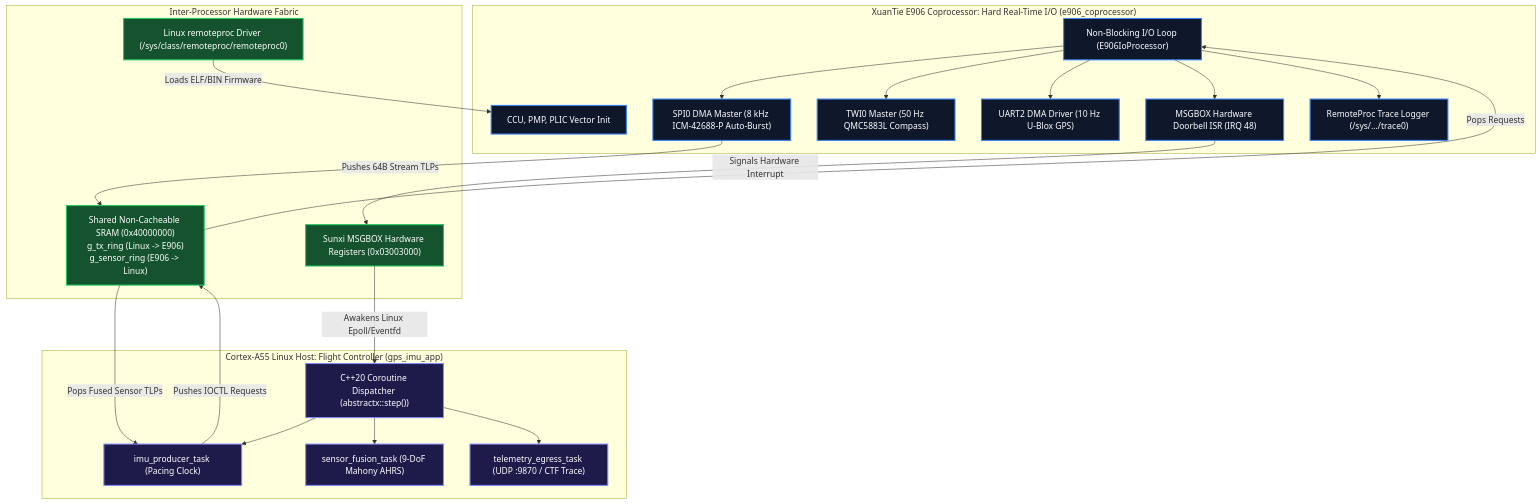
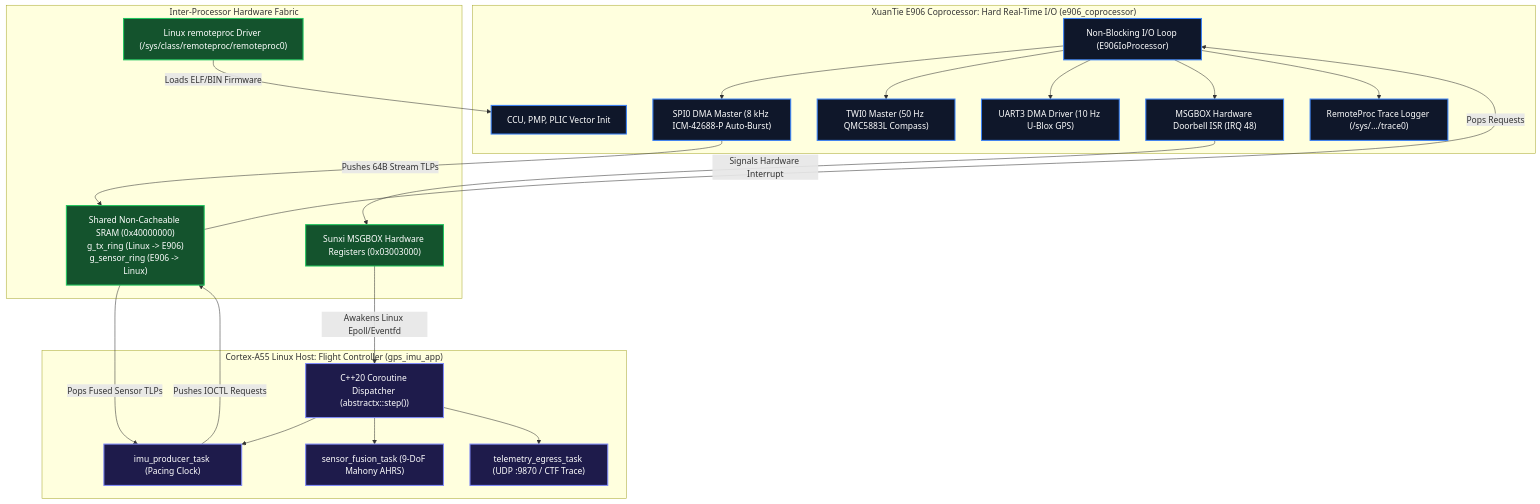
One commit to tcmichals/AbstractX changed the diagram in apps/gps_imu_app/platforms/allwinner_e906/HOWTO.md. Above: the diagram before and after it, drawn with Mermaid. The commit also changed other lines of this file and 27 other files, not shown here.

````diff
--- a/apps/gps_imu_app/platforms/allwinner_e906/HOWTO.md
+++ b/apps/gps_imu_app/platforms/allwinner_e906/HOWTO.md
@@ -11,51 +11,51 @@
 ```mermaid
 graph TD
     subgraph E906["XuanTie E906 Coprocessor: Hard Real-Time I/O (e906_coprocessor)"]
         E_Init["CCU, PMP, PLIC Vector Init"]
         E_Loop["Non-Blocking I/O Loop (E906IoProcessor)"]
         E_SPI["SPI0 DMA Master (8 kHz ICM-42688-P Auto-Burst)"]
         E_TWI["TWI0 Master (50 Hz QMC5883L Compass)"]
-        E_UART["UART2 DMA Driver (10 Hz U-Blox GPS)"]
+        E_UART["UART3 DMA Driver (10 Hz U-Blox GPS)"]
         E_MB["MSGBOX Hardware Doorbell ISR (IRQ 48)"]
         E_Trace["RemoteProc Trace Logger (/sys/.../trace0)"]
         E_Loop --> E_SPI
         E_Loop --> E_TWI
         E_Loop --> E_UART
         E_Loop --> E_MB
         E_Loop --> E_Trace
     end
 
     subgraph LinuxHost["Cortex-A55 Linux Host: Flight Controller (gps_imu_app)"]
         L_Sched["C++20 Coroutine Dispatcher (abstractx::step())"]
         L_IMU["imu_producer_task (Pacing Clock)"]
         L_FUSION["sensor_fusion_task (9-DoF Mahony AHRS)"]
         L_Egress["telemetry_egress_task (UDP :9870 / CTF Trace)"]
         L_Sched --> L_IMU
         L_Sched --> L_FUSION
         L_Sched --> L_Egress
     end
 
     subgraph Interconnect["Inter-Processor Hardware Fabric"]
         SRAM["Shared Non-Cacheable SRAM (0x40000000)<br/>g_tx_ring (Linux -> E906)<br/>g_sensor_ring (E906 -> Linux)"]
         MSGBOX["Sunxi MSGBOX Hardware Registers (0x03003000)"]
         RPROC["Linux remoteproc Driver (/sys/class/remoteproc/remoteproc0)"]
     end
 
     L_IMU -->|Pushes IOCTL Requests| SRAM
     SRAM -->|Pops Requests| E_Loop
     E_SPI -->|Pushes 64B Stream TLPs| SRAM
     SRAM -->|Pops Fused Sensor TLPs| L_IMU
 
     E_MB -->|Signals Hardware Interrupt| MSGBOX
     MSGBOX -->|Awakens Linux Epoll/Eventfd| L_Sched
 
     RPROC -->|Loads ELF/BIN Firmware| E_Init
 
     classDef e906 fill:#0f172a,stroke:#3b82f6,stroke-width:2px,color:#ffffff;
     classDef host fill:#1e1b4b,stroke:#818cf8,stroke-width:2px,color:#ffffff;
     classDef ic fill:#14532d,stroke:#22c55e,stroke-width:2px,color:#ffffff;
 
     class E_Init,E_Loop,E_SPI,E_TWI,E_UART,E_MB,E_Trace e906;
     class L_Sched,L_IMU,L_FUSION,L_Egress host;
     class SRAM,MSGBOX,RPROC ic;
 ```
````
